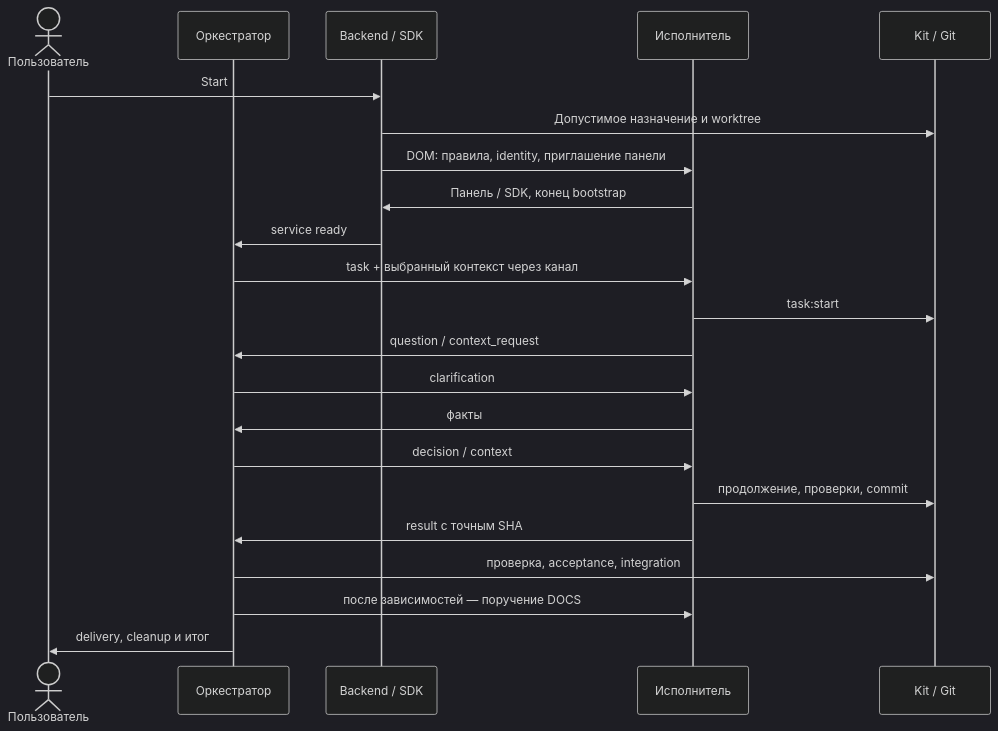
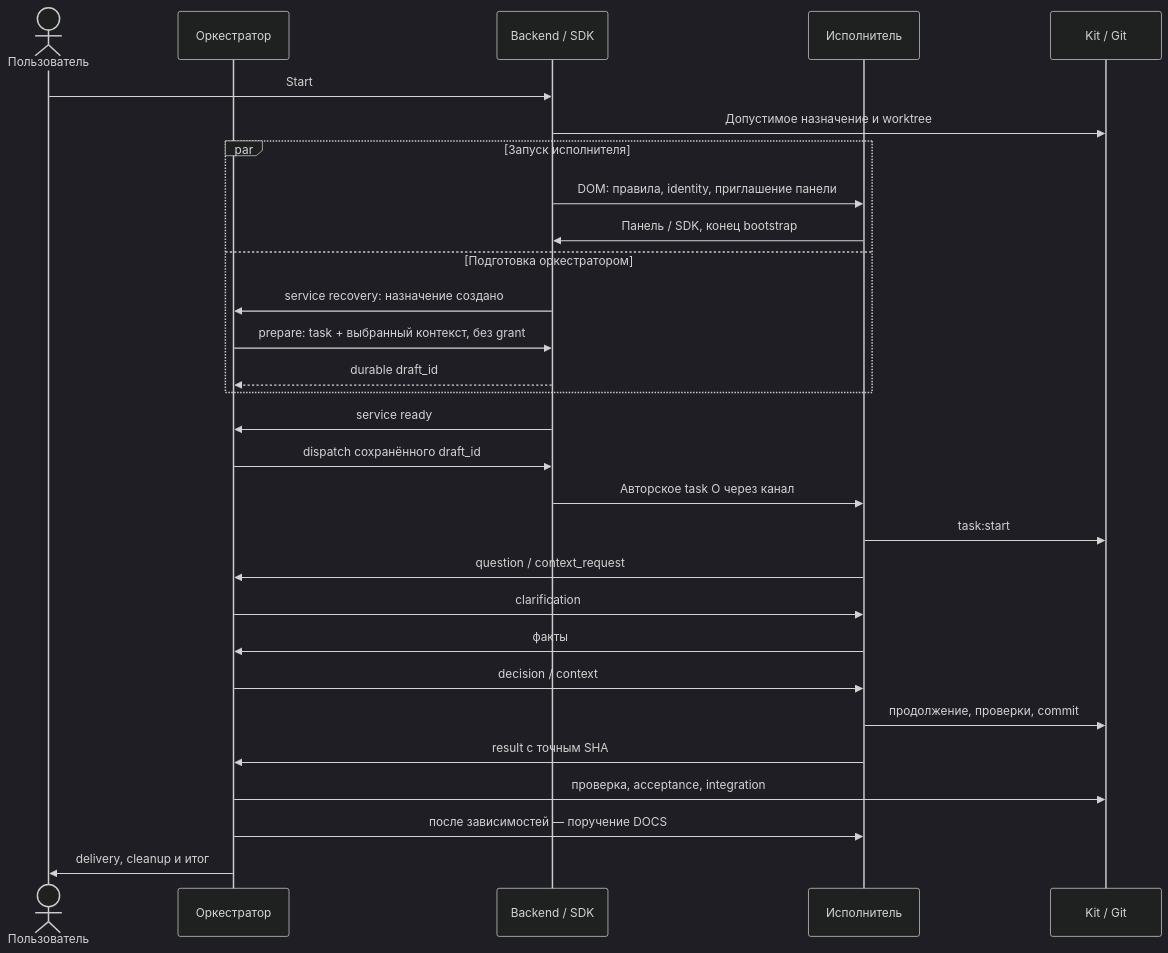
Before and after one commit to OleynikAleksandr/Workflow_Pilot: the diagram in docs/modules/assignment-dialogue.md, drawn with Mermaid (dark theme). The commit also changed other lines of this file and 18 other files, not shown here.

````diff
--- a/docs/modules/assignment-dialogue.md
+++ b/docs/modules/assignment-dialogue.md
@@ -20,24 +20,31 @@
 ```mermaid
 sequenceDiagram
     actor U as Пользователь
     participant O as Оркестратор
     participant B as Backend / SDK
     participant E as Исполнитель
     participant K as Kit / Git
     U->>B: Start
     B->>K: Допустимое назначение и worktree
-    B->>E: DOM: правила, identity, приглашение панели
-    E->>B: Панель / SDK, конец bootstrap
+    par Запуск исполнителя
+        B->>E: DOM: правила, identity, приглашение панели
+        E->>B: Панель / SDK, конец bootstrap
+    and Подготовка оркестратором
+        B->>O: service recovery: назначение создано
+        O->>B: prepare: task + выбранный контекст, без grant
+        B-->>O: durable draft_id
+    end
     B->>O: service ready
-    O->>E: task + выбранный контекст через канал
+    O->>B: dispatch сохранённого draft_id
+    B->>E: Авторское task O через канал
     E->>K: task:start
     E->>O: question / context_request
     O->>E: clarification
     E->>O: факты
     O->>E: decision / context
     E->>K: продолжение, проверки, commit
     E->>O: result с точным SHA
     O->>K: проверка, acceptance, integration
     O->>E: после зависимостей — поручение DOCS
     O->>U: delivery, cleanup и итог
 ```
````
